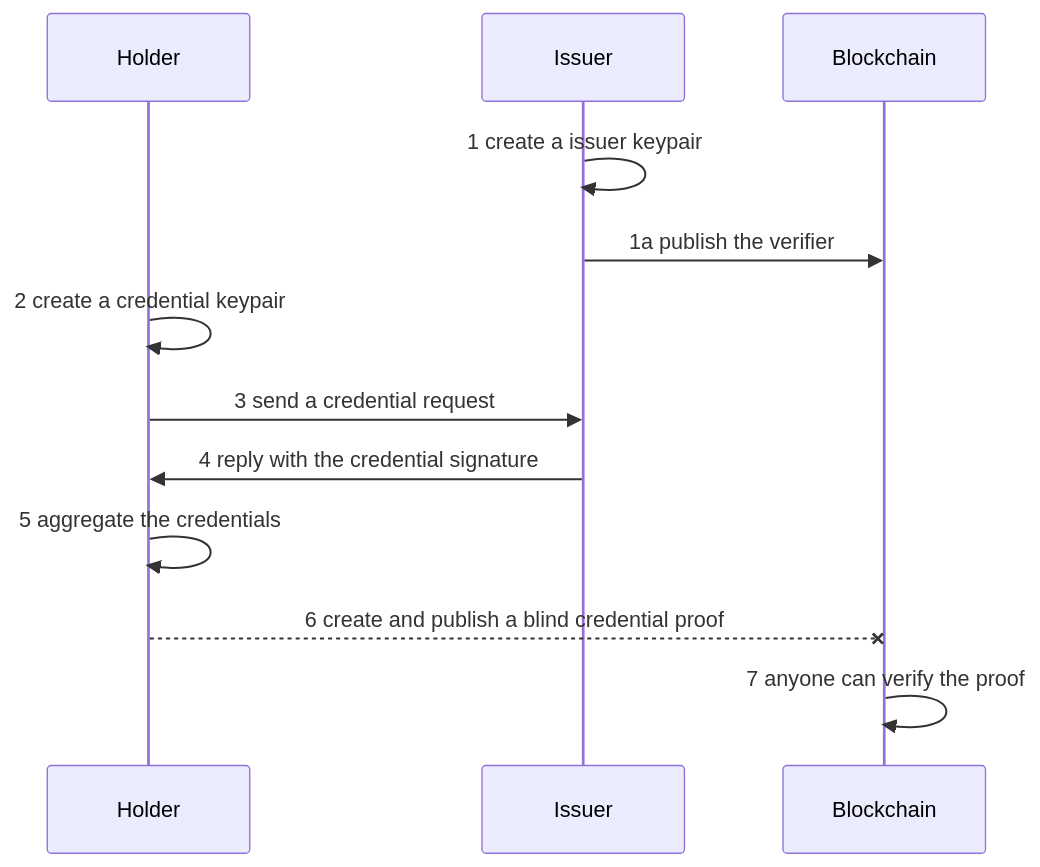
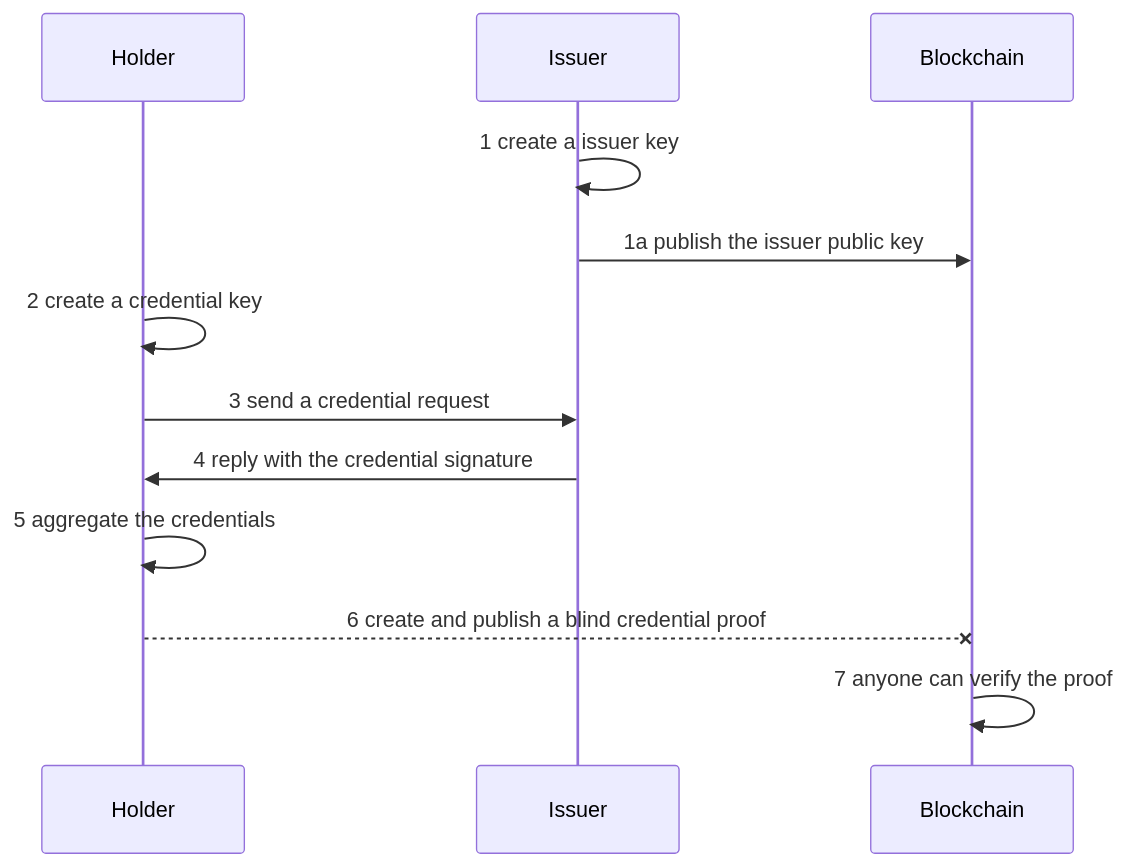
The second of 2 diagrams in docs/pages/zencode-scenario-credentials.md (dyne/Zenroom), drawn with Mermaid before and after one commit. The commit also changed other lines of this file and 36 other files, not shown here.

````diff
--- a/docs/pages/zencode-scenario-credentials.md
+++ b/docs/pages/zencode-scenario-credentials.md
@@ -95,14 +78,14 @@
 ```mermaid
 sequenceDiagram
         participant H as Holder
         participant I as Issuer
         participant B as Blockchain
-        I->>I: 1 create a issuer keypair
-        I->>B: 1a publish the verifier
-        H->>H: 2 create a credential keypair
+        I->>I: 1 create a issuer key
+        I->>B: 1a publish the issuer public key
+        H->>H: 2 create a credential key
         H->>I: 3 send a credential request
         I->>H: 4 reply with the credential signature
         H->>H: 5 aggregate the credentials
         H--xB: 6 create and publish a blind credential proof
         B->>B: 7 anyone can verify the proof
 ```
````
